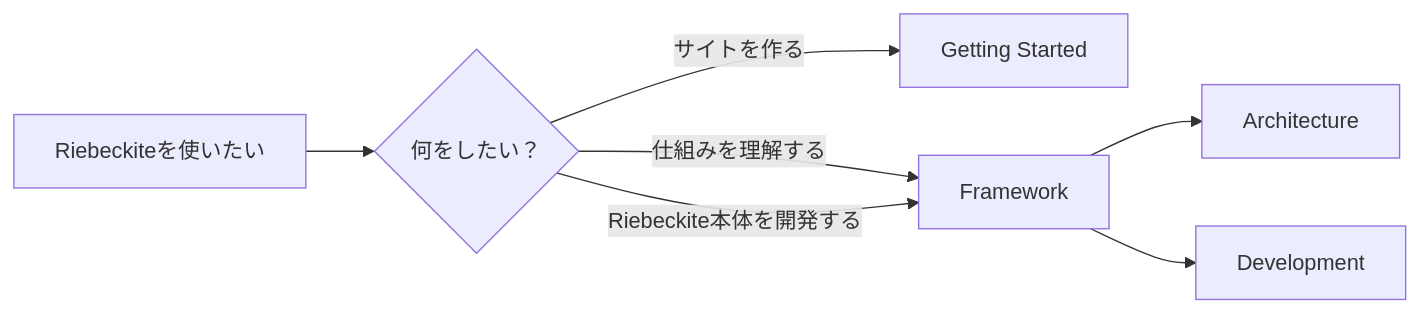
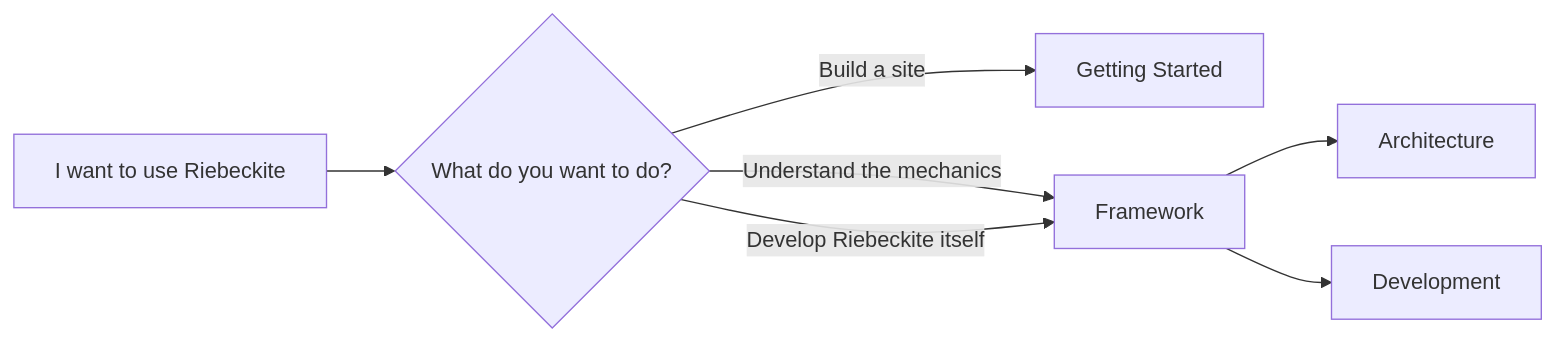
The first of 2 diagrams in docs/docs/framework/README.md (Rerurate514/riebeckite), drawn with Mermaid before and after one commit. The commit also changed other lines of this file and 604 other files, not shown here.

````diff
--- a/docs/docs/framework/README.md
+++ b/docs/docs/framework/README.md
@@ -22,13 +20,13 @@
 ```mermaid
 flowchart LR
-    Start["Riebeckiteを使いたい"]
+    Start["I want to use Riebeckite"]
 
-    Start --> Q{"何をしたい？"}
+    Start --> Q{"What do you want to do?"}
 
-    Q -->|"サイトを作る"| GettingStarted["Getting Started"]
-    Q -->|"仕組みを理解する"| Framework["Framework"]
-    Q -->|"Riebeckite本体を開発する"| Framework
+    Q -->|"Build a site"| GettingStarted["Getting Started"]
+    Q -->|"Understand the mechanics"| Framework["Framework"]
+    Q -->|"Develop Riebeckite itself"| Framework
 
     Framework --> Architecture["Architecture"]
     Framework --> Development["Development"]
 ```
````
